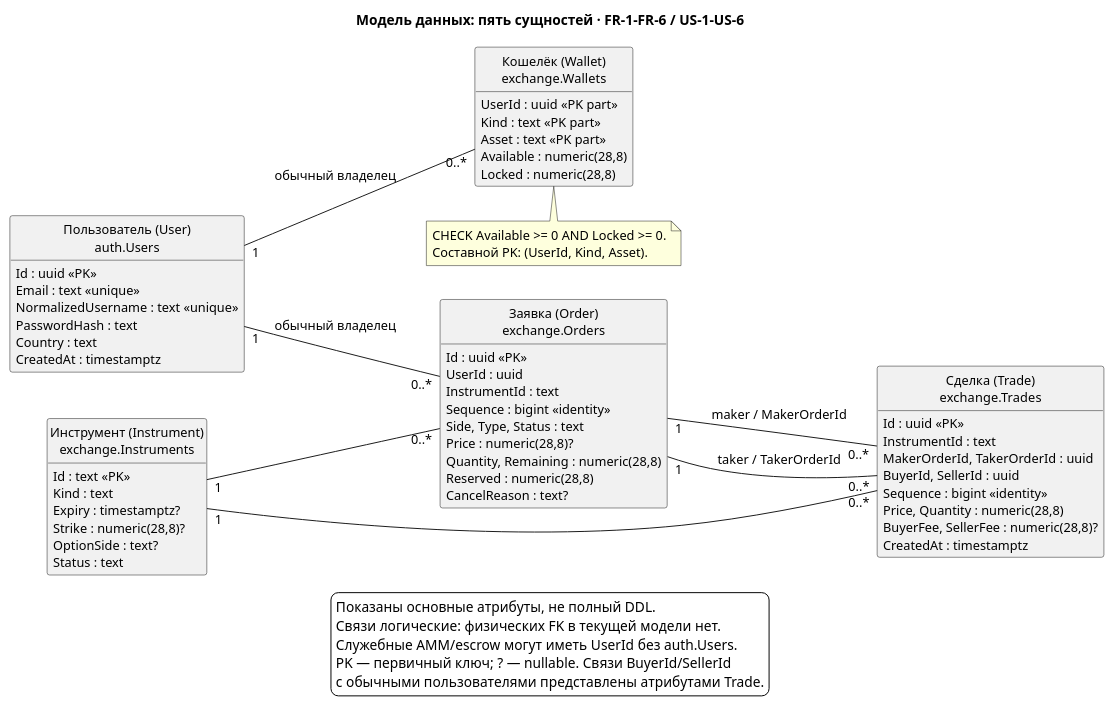
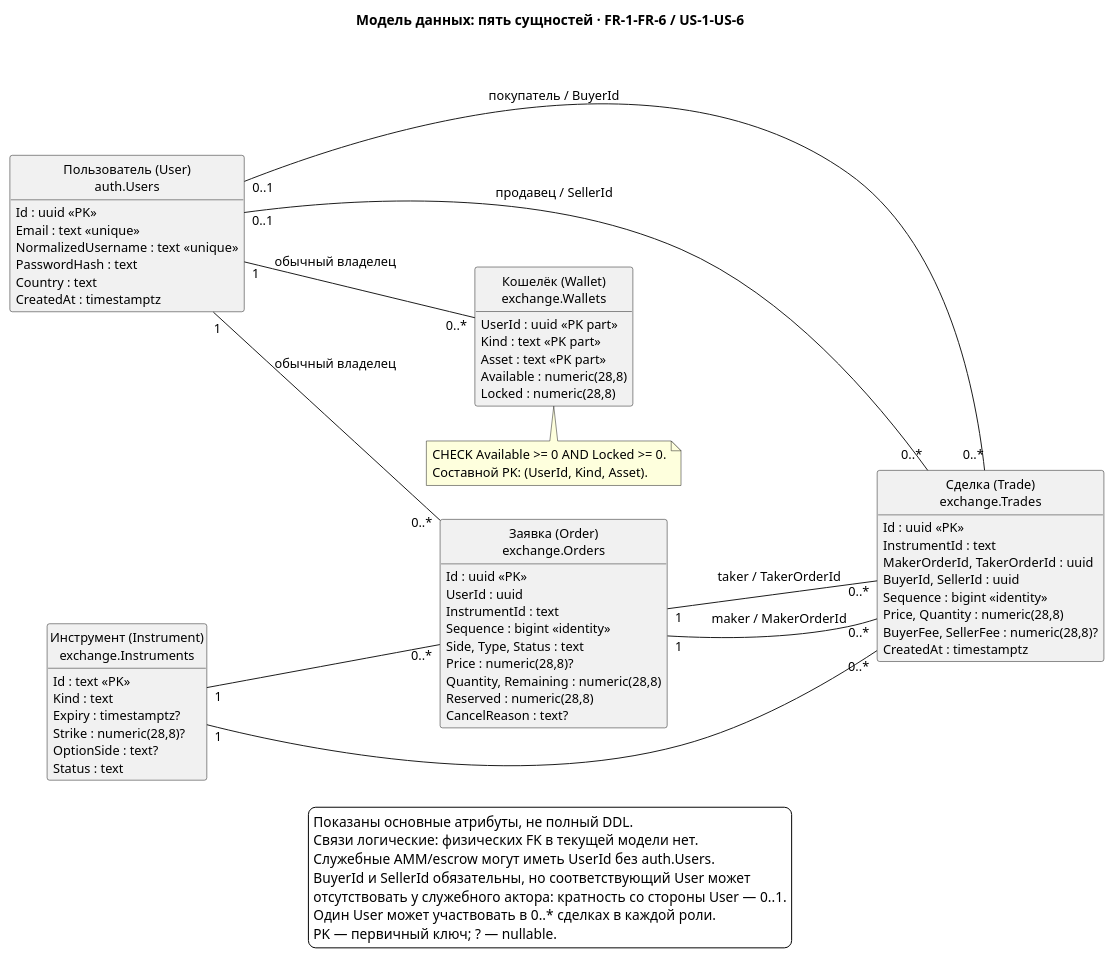
One commit to pi-exchange/exchange changed the diagram in docs/diagrams/data-model.puml. Above: the diagram before and after it, drawn with PlantUML. The commit also changed 3 other files, not shown here.

```diff
--- a/docs/diagrams/data-model.puml
+++ b/docs/diagrams/data-model.puml
@@ -1,71 +1,75 @@
 @startuml
 title Модель данных: пять сущностей · FR-1–FR-6 / US-1–US-6
 left to right direction
 skinparam backgroundColor white
 skinparam defaultFontName SansSerif
 skinparam defaultFontSize 13
 skinparam shadowing false
 hide circle
 hide methods
 class "Пользователь (User)\nauth.Users" as User {
   Id : uuid <<PK>>
   Email : text <<unique>>
   NormalizedUsername : text <<unique>>
   PasswordHash : text
   Country : text
   CreatedAt : timestamptz
 }
 class "Кошелёк (Wallet)\nexchange.Wallets" as Wallet {
   UserId : uuid <<PK part>>
   Kind : text <<PK part>>
   Asset : text <<PK part>>
   {field} Available : numeric(28,8)
   {field} Locked : numeric(28,8)
 }
 class "Инструмент (Instrument)\nexchange.Instruments" as Instrument {
   Id : text <<PK>>
   Kind : text
   Expiry : timestamptz?
   {field} Strike : numeric(28,8)?
   OptionSide : text?
   Status : text
 }
 class "Заявка (Order)\nexchange.Orders" as Order {
   Id : uuid <<PK>>
   UserId : uuid
   InstrumentId : text
   Sequence : bigint <<identity>>
   Side, Type, Status : text
   {field} Price : numeric(28,8)?
   {field} Quantity, Remaining : numeric(28,8)
   {field} Reserved : numeric(28,8)
   CancelReason : text?
 }
 class "Сделка (Trade)\nexchange.Trades" as Trade {
   Id : uuid <<PK>>
   InstrumentId : text
   MakerOrderId, TakerOrderId : uuid
   BuyerId, SellerId : uuid
   Sequence : bigint <<identity>>
   {field} Price, Quantity : numeric(28,8)
   {field} BuyerFee, SellerFee : numeric(28,8)?
   CreatedAt : timestamptz
 }
 User "1" -- "0..*" Wallet : обычный владелец
 User "1" -- "0..*" Order : обычный владелец
+User "0..1" -- "0..*" Trade : покупатель / BuyerId
+User "0..1" -- "0..*" Trade : продавец / SellerId
 Instrument "1" -- "0..*" Order
 Instrument "1" -- "0..*" Trade
 Order "1" -- "0..*" Trade : maker / MakerOrderId
 Order "1" -- "0..*" Trade : taker / TakerOrderId
 note bottom of Wallet
   CHECK Available >= 0 AND Locked >= 0.
   Составной PK: (UserId, Kind, Asset).
 end note
 legend bottom
   Показаны основные атрибуты, не полный DDL.
   Связи логические: физических FK в текущей модели нет.
   Служебные AMM/escrow могут иметь UserId без auth.Users.
-  PK — первичный ключ; ? — nullable. Связи BuyerId/SellerId
-  с обычными пользователями представлены атрибутами Trade.
+  BuyerId и SellerId обязательны, но соответствующий User может
+  отсутствовать у служебного актора: кратность со стороны User — 0..1.
+  Один User может участвовать в 0..* сделках в каждой роли.
+  PK — первичный ключ; ? — nullable.
 endlegend
 @enduml
```
